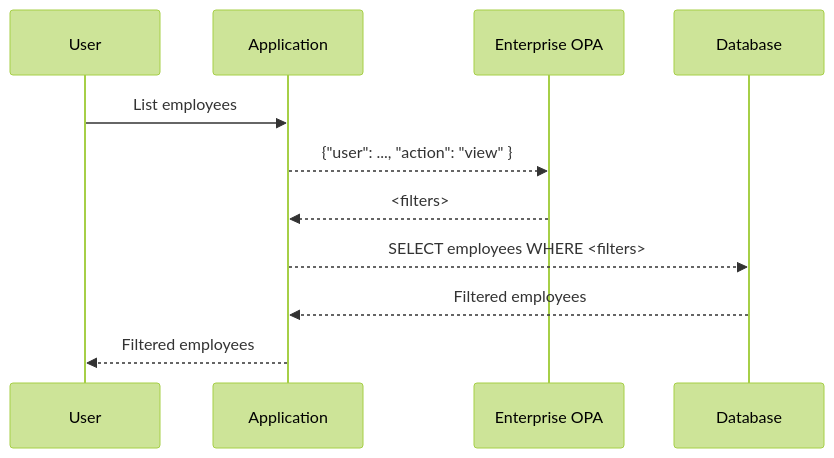
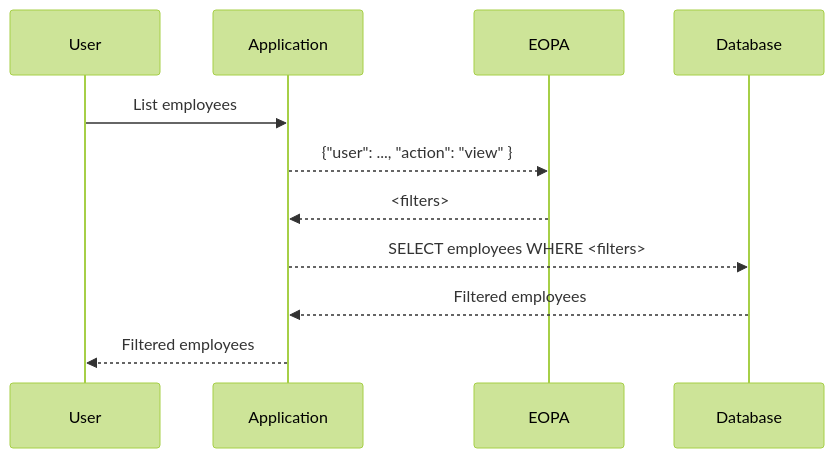
The diagram in docs/data-filtering/index.md (open-policy-agent/eopa), drawn with Mermaid (forest theme) before and after one commit. The commit also changed other lines of this file and 186 other files, not shown here.

````diff
--- a/docs/data-filtering/index.md
+++ b/docs/data-filtering/index.md
@@ -28,9 +28,9 @@
 ```mermaid
 sequenceDiagram
     User->>Application: List employees
-    Application-->>Enterprise OPA: {"user": ..., "action": "view" }
-    Enterprise OPA-->>Application: <filters>
+    Application-->>EOPA: {"user": ..., "action": "view" }
+    EOPA-->>Application: <filters>
     Application-->>Database: SELECT employees WHERE <filters>
     Database-->>Application: Filtered employees
     Application-->>User: Filtered employees
 ```
````
